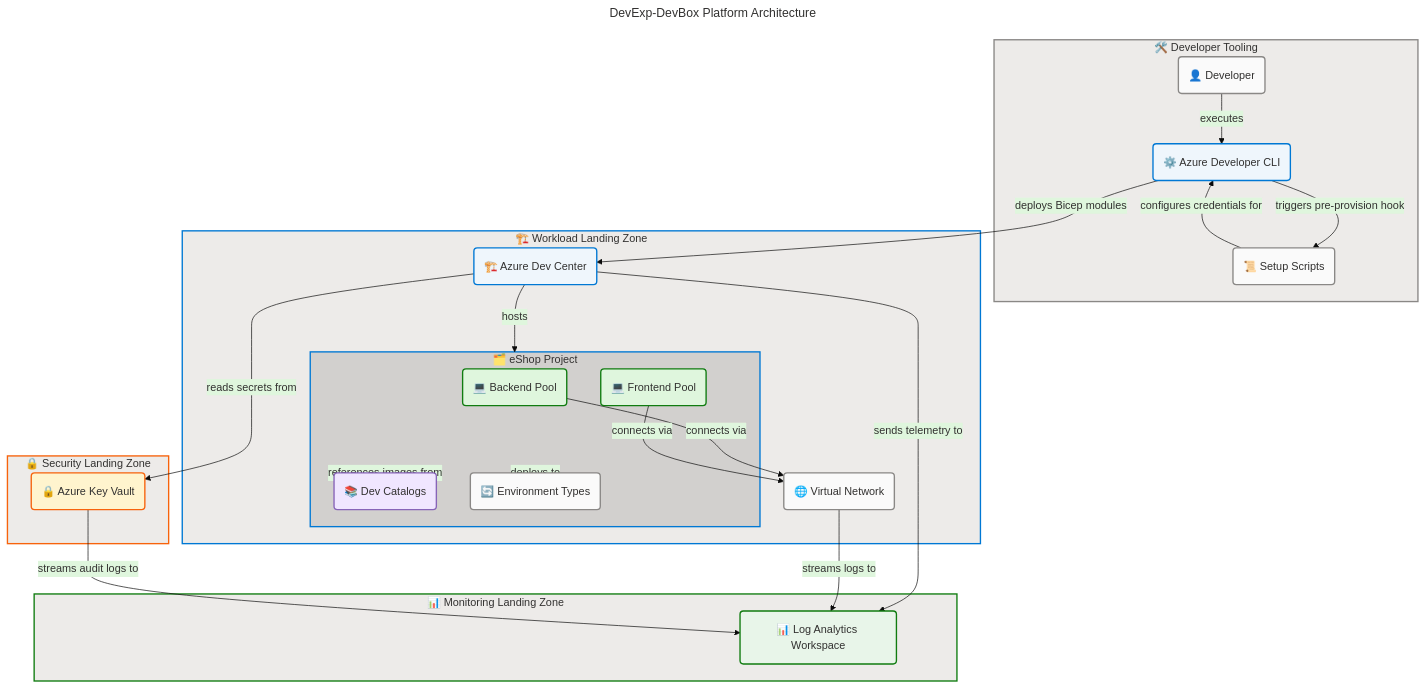
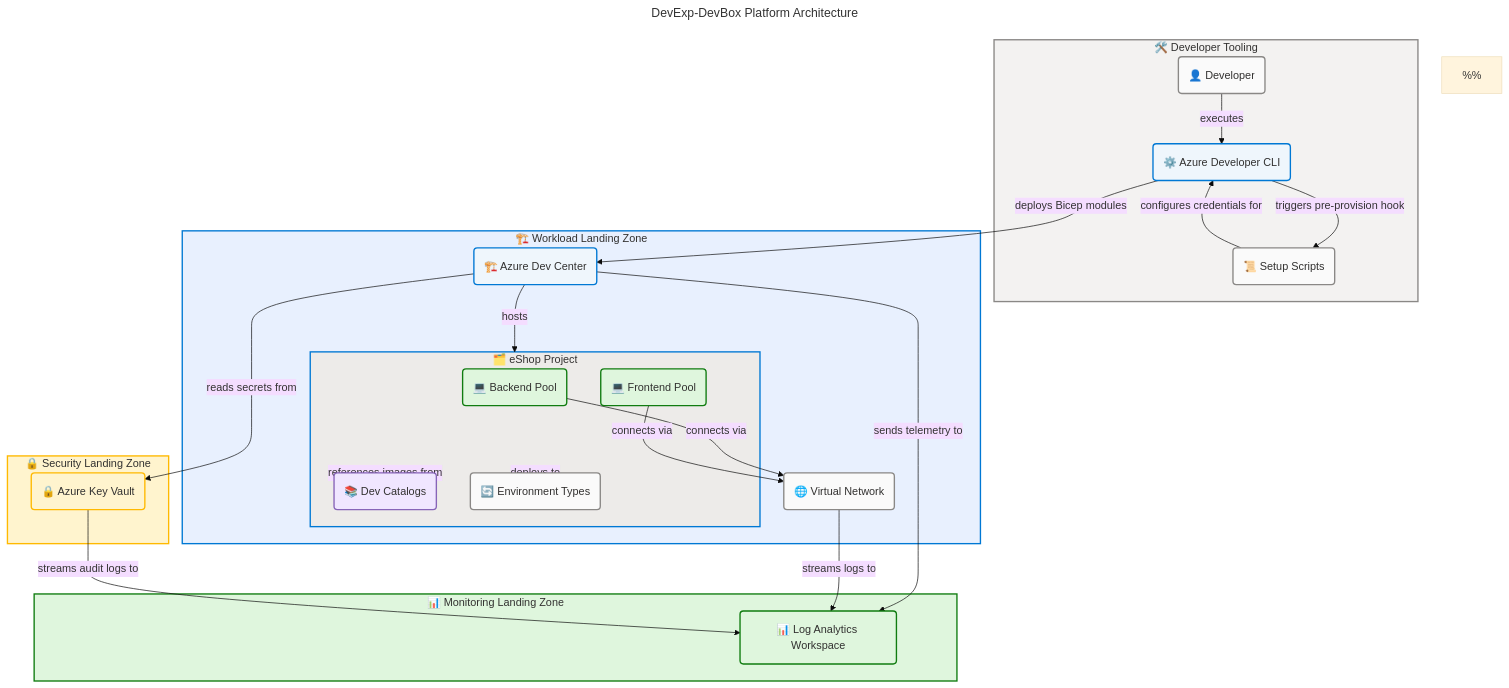
One commit to Evilazaro/DevExp-DevBox changed the diagram in README.md. Above: the diagram before and after it, drawn with Mermaid. The commit also changed other lines of this file, not shown here.

````diff
--- a/README.md
+++ b/README.md
@@ -441,30 +481,23 @@
   theme: base
   look: classic
   layout: dagre
-  flowchart:
-    htmlLabels: true
   themeVariables:
     fontSize: '16px'
-    primaryColor: '#EFF6FC'
-    primaryBorderColor: '#0078D4'
-    primaryTextColor: '#323130'
-    secondaryColor: '#DFF6DD'
-    tertiaryColor: '#F0E6FF'
 ---
 flowchart TB
     accTitle: DevExp-DevBox Platform Architecture
-    accDescr: Shows the DevExp-DevBox platform with Developer and azd CLI on left provisioning Azure Landing Zone resources including Dev Center, eShop Project with backend and frontend Dev Box pools, Azure Key Vault, and Log Analytics Workspace on right. Developer=neutral, AzdCli=core, SetupScripts=neutral, DevCenter=core, eShopProject=core, BackendPool=success, FrontendPool=success, Catalogs=data, EnvTypes=neutral, VNet=neutral, KeyVault=warning, LogAnalytics=monitoring. WCAG AA compliant.
+    accDescr: Shows the DevExp-DevBox platform comprising Developer Tooling with Developer, Azure Developer CLI, and Setup Scripts provisioning Azure Landing Zone resources including Azure Dev Center, eShop Project with Backend Pool, Frontend Pool, Dev Catalogs, and Environment Types, a Virtual Network, Azure Key Vault in the Security Landing Zone, and a Log Analytics Workspace in the Monitoring Landing Zone.
 
-    %% ═══════════════════════════════════════════════════════════════════════════
+    %%
     %% AZURE / FLUENT ARCHITECTURE PATTERN v2.0
     %% (Semantic + Structural + Font + Accessibility Governance)
-    %% ═══════════════════════════════════════════════════════════════════════════
+    %%
     %% PHASE 1 - FLUENT UI: All styling uses approved Fluent UI palette only
     %% PHASE 2 - GROUPS: Every subgraph has semantic color via style directive
     %% PHASE 3 - COMPONENTS: Every node has semantic classDef + icon prefix
     %% PHASE 4 - ACCESSIBILITY: accTitle/accDescr present, WCAG AA contrast
     %% PHASE 5 - STANDARD: Governance block present, classDefs centralized
-    %% ═══════════════════════════════════════════════════════════════════════════
+    %%
 
     subgraph devtools ["🛠️ Developer Tooling"]
         Dev("👤 Developer"):::neutral
@@ -489,7 +522,7 @@
     end
 
     subgraph monitoring ["📊 Monitoring Landing Zone"]
-        LogAnalytics("📊 Log Analytics Workspace"):::monitoring
+        LogAnalytics("📊 Log Analytics Workspace"):::success
     end
 
     Dev -->|"executes"| AzdCli
@@ -506,16 +539,15 @@
     VNet -->|"streams logs to"| LogAnalytics
     KeyVault -->|"streams audit logs to"| LogAnalytics
 
-    style devtools fill:#EDEBE9,stroke:#8A8886,stroke-width:2px,color:#323130
-    style workload fill:#EDEBE9,stroke:#0078D4,stroke-width:2px,color:#323130
-    style eshopProject fill:#D2D0CE,stroke:#0078D4,stroke-width:2px,color:#323130
-    style security fill:#EDEBE9,stroke:#F7630C,stroke-width:2px,color:#323130
-    style monitoring fill:#EDEBE9,stroke:#107C10,stroke-width:2px,color:#323130
+    style devtools fill:#F3F2F1,stroke:#8A8886,stroke-width:2px,color:#323130
+    style workload fill:#E8F0FE,stroke:#0078D4,stroke-width:2px,color:#323130
+    style eshopProject fill:#EDEBE9,stroke:#0078D4,stroke-width:2px,color:#323130
+    style security fill:#FFF4CE,stroke:#FFB900,stroke-width:2px,color:#323130
+    style monitoring fill:#DFF6DD,stroke:#107C10,stroke-width:2px,color:#323130
 
     classDef neutral fill:#FAFAFA,stroke:#8A8886,stroke-width:2px,color:#323130
     classDef core fill:#EFF6FC,stroke:#0078D4,stroke-width:2px,color:#323130
     classDef success fill:#DFF6DD,stroke:#107C10,stroke-width:2px,color:#323130
-    classDef warning fill:#FFF4CE,stroke:#F7630C,stroke-width:2px,color:#323130
+    classDef warning fill:#FFF4CE,stroke:#FFB900,stroke-width:2px,color:#323130
     classDef data fill:#F0E6FF,stroke:#8764B8,stroke-width:2px,color:#323130
-    classDef monitoring fill:#E8F5E9,stroke:#107C10,stroke-width:2px,color:#323130
 ```
````
